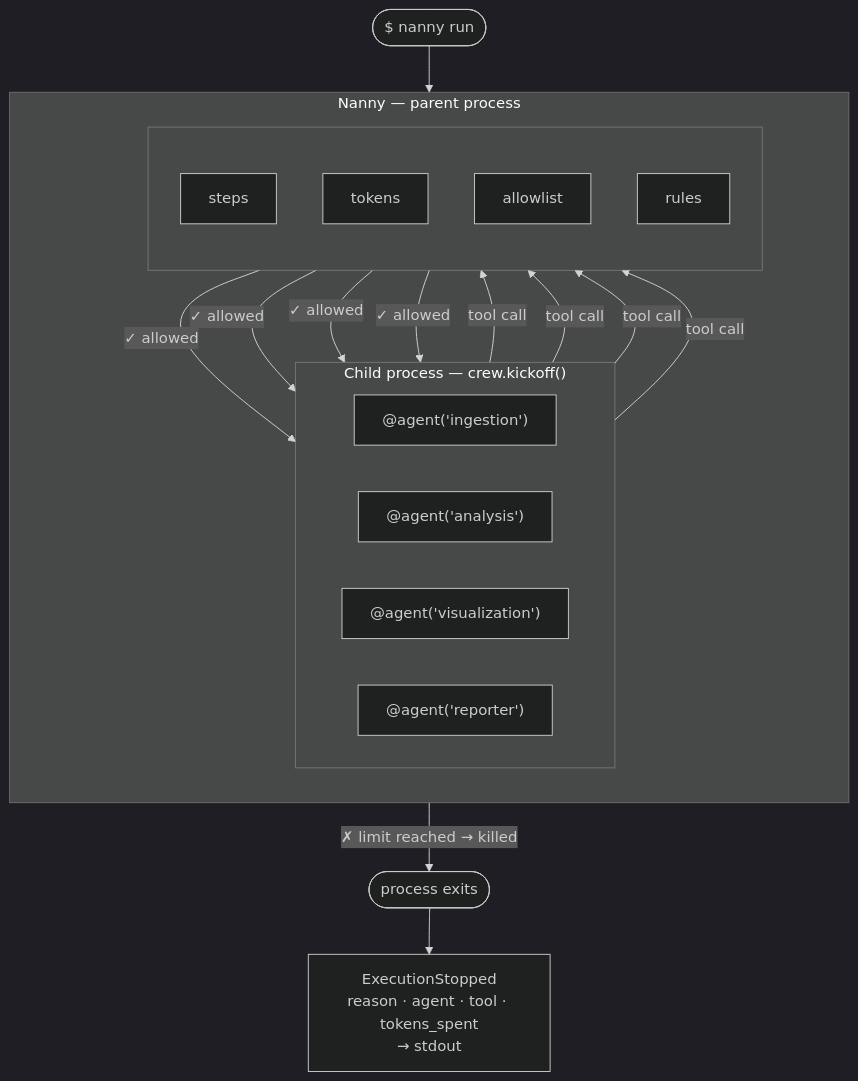
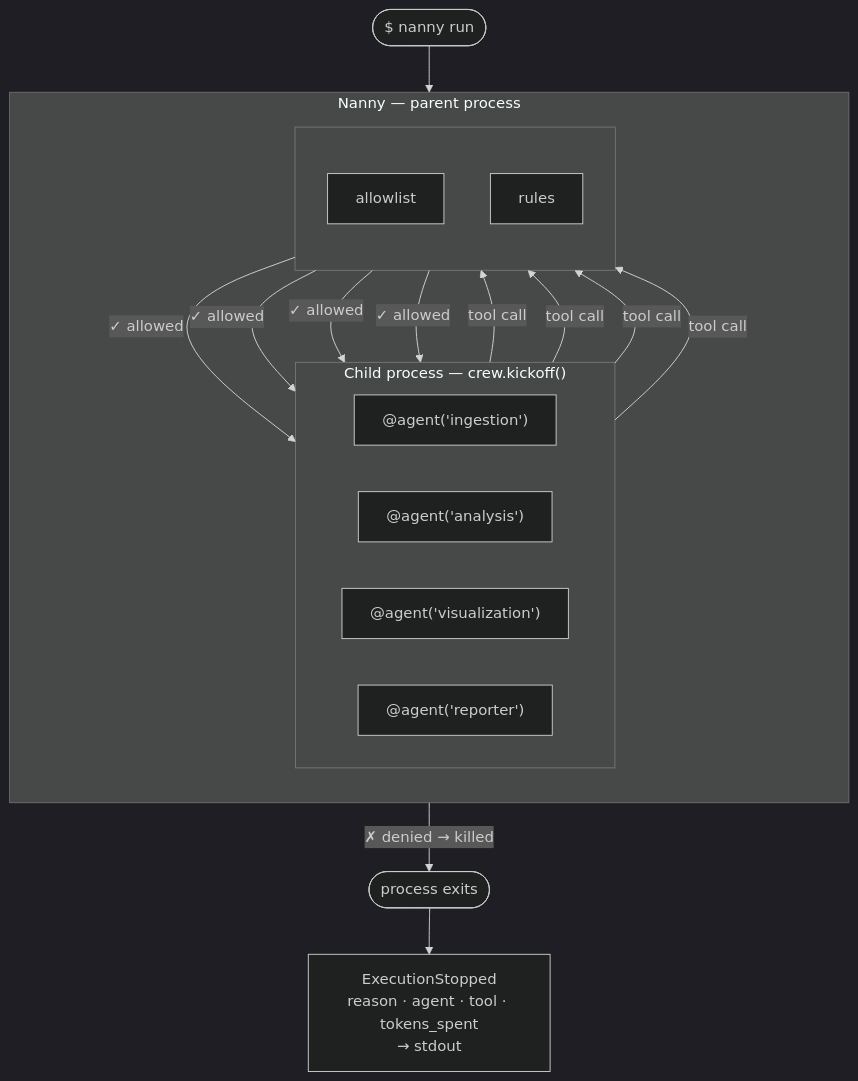
The second of 2 diagrams in docs/v0.6/concepts/how-it-works.mdx (nanny-run/nanny), drawn with Mermaid (dark theme) before and after one commit. The commit also changed other lines of this file and 11 other files, not shown here.

````diff
--- a/docs/v0.6/concepts/how-it-works.mdx
+++ b/docs/v0.6/concepts/how-it-works.mdx
@@ -45,31 +50,29 @@
 ```mermaid
 flowchart TD
     CMD(["$ nanny run"])
     CMD --> NANNY
 
     subgraph NANNY["Nanny — parent process"]
         direction TB
 
         subgraph CHILD["Child process — crew.kickoff()"]
             direction LR
             A1["@agent('ingestion')"]
             A2["@agent('analysis')"]
             A3["@agent('visualization')"]
             A4["@agent('reporter')"]
         end
 
         subgraph ENFORCE[" "]
             direction TB
-            STEPS["steps"]
-            TOKENS["tokens"]
             ALLOW["allowlist"]
             RULES["rules"]
         end
 
         A1 & A2 & A3 & A4 -- "tool call" --> ENFORCE
         ENFORCE -- "✓  allowed" --> A1 & A2 & A3 & A4
     end
 
-    ENFORCE -- "✗  limit reached → killed" --> DEAD(["process exits"])
+    ENFORCE -- "✗  denied → killed" --> DEAD(["process exits"])
     DEAD --> LOG["ExecutionStopped\nreason · agent · tool · tokens_spent\n→ stdout"]
 ```
````
